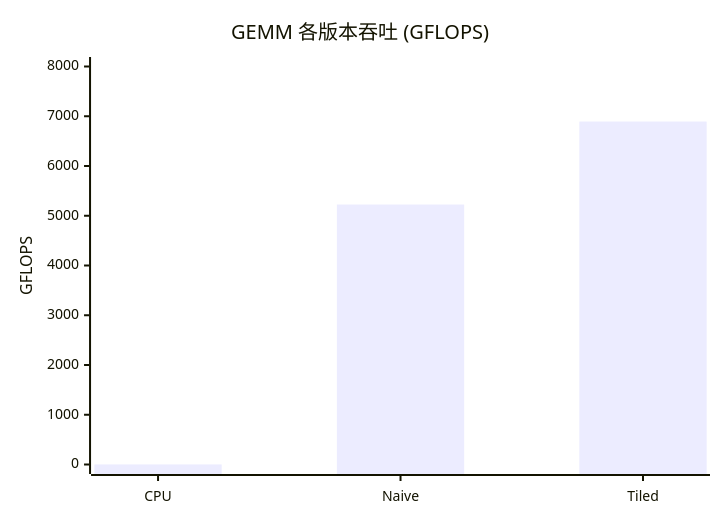
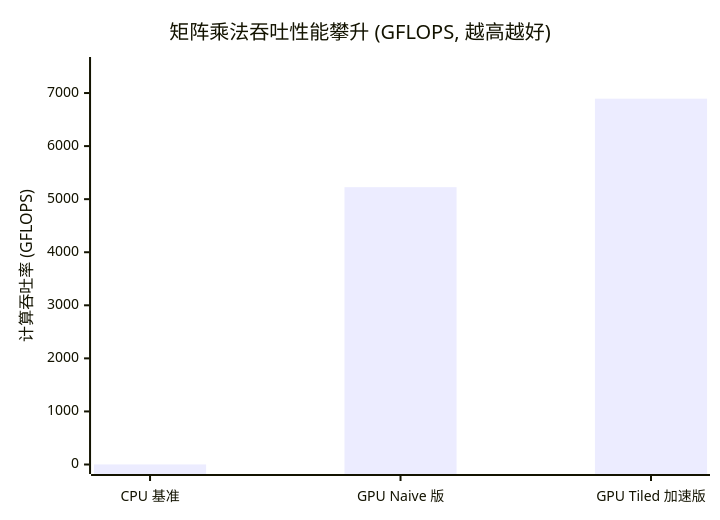
One commit to psmarter/CUDA-Practice changed the third of 3 diagrams in Blogs/01_Basics_Concepts_and_Tiling.md. Above: the diagram before and after it, drawn with Mermaid. The commit also changed other lines of this file and 14 other files, not shown here.

````diff
--- a/Blogs/01_Basics_Concepts_and_Tiling.md
+++ b/Blogs/01_Basics_Concepts_and_Tiling.md
@@ -208,7 +221,7 @@
 ```mermaid
 xychart-beta
-  title "GEMM 各版本吞吐 (GFLOPS)"
-  x-axis ["CPU", "Naive", "Tiled"]
-  y-axis "GFLOPS" 0 --> 8000
+  title "矩阵乘法吞吐性能攀升 (GFLOPS, 越高越好)"
+  x-axis ["CPU 基准", "GPU Naive 版", "GPU Tiled 加速版"]
+  y-axis "计算吞吐率 (GFLOPS)" 0 --> 7500
   bar [1.03, 5225.65, 6893.42]
 ```
````
